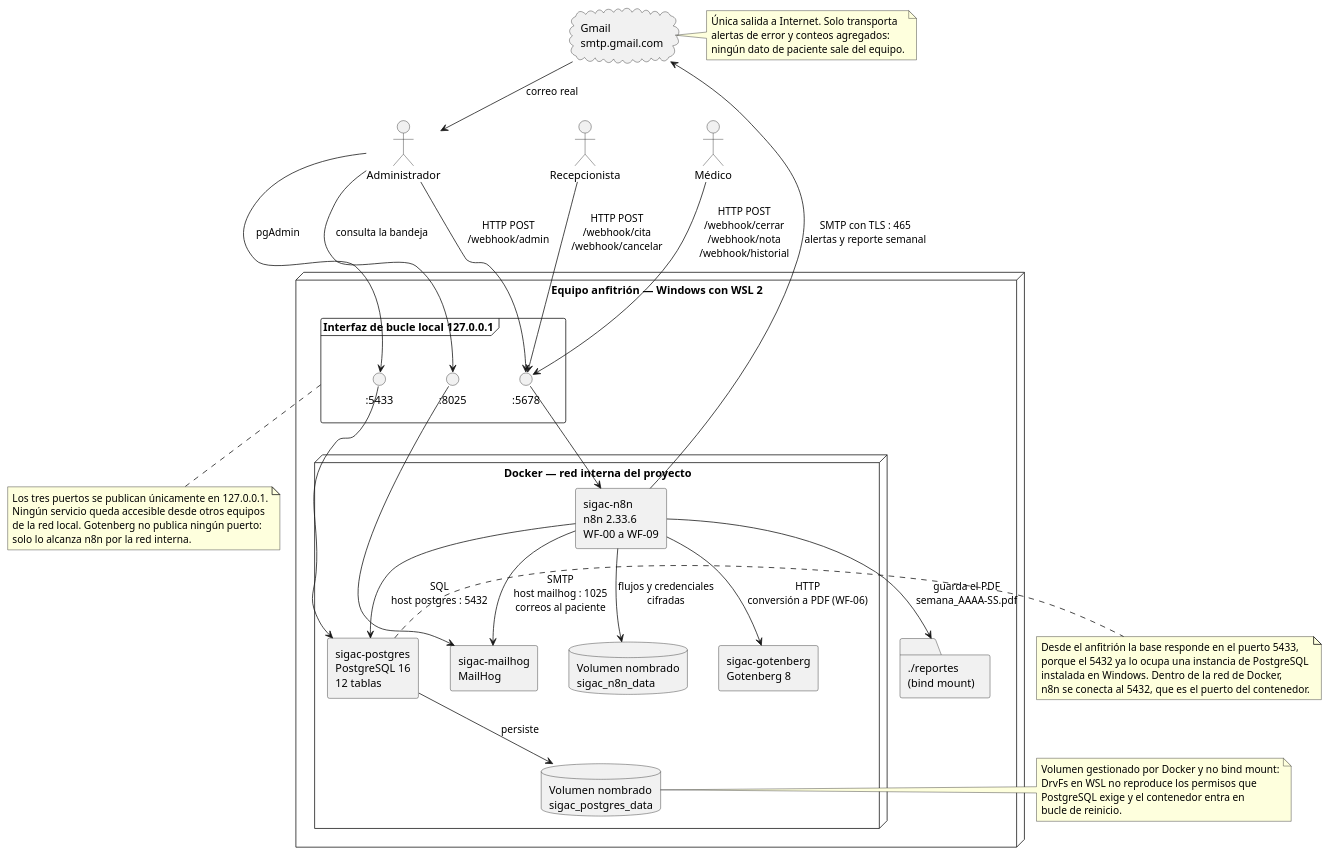
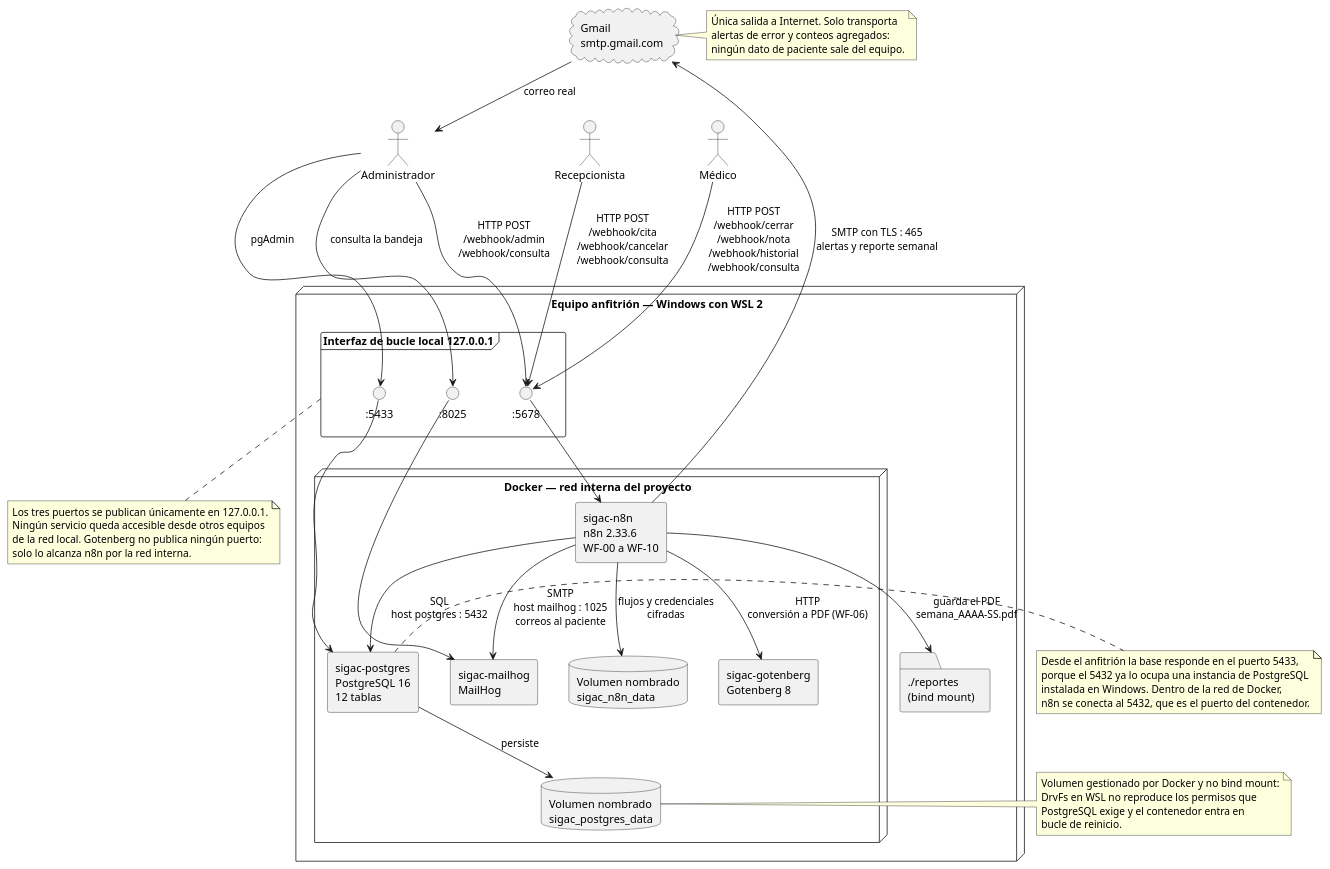
One commit to JOMALLMM1116/ProyectoSIGAC changed the diagram in docs/uml/Arquitectura.puml. Above: the diagram before and after it, drawn with PlantUML. The commit also changed 2 other files, not shown here.

Commit message:
:memo: diagramas de arquitectura y casos de uso con WF-10

```diff
--- a/docs/uml/Arquitectura.puml
+++ b/docs/uml/Arquitectura.puml
@@ -1,80 +1,80 @@
 @startuml Arquitectura_SIGAC
 skinparam componentStyle rectangle
 skinparam nodeSep 40
 skinparam rankSep 55
 
 actor "Recepcionista" as Recepcion
 actor "Médico" as Medico
 actor "Administrador" as Admin
 
 node "Equipo anfitrión — Windows con WSL 2" {
 
   frame "Interfaz de bucle local 127.0.0.1" as Loopback {
     () ":5678" as P5678
     () ":5433" as P5433
     () ":8025" as P8025
   }
 
   node "Docker — red interna del proyecto" as Red {
 
-    component "sigac-n8n\nn8n 2.33.6\nWF-00 a WF-09" as N8N
+    component "sigac-n8n\nn8n 2.33.6\nWF-00 a WF-10" as N8N
     component "sigac-postgres\nPostgreSQL 16\n12 tablas" as PG
     component "sigac-mailhog\nMailHog" as MH
     component "sigac-gotenberg\nGotenberg 8" as GB
 
     database "Volumen nombrado\nsigac_postgres_data" as VOL
     database "Volumen nombrado\nsigac_n8n_data" as VOLN8N
   }
 
   folder "./reportes\n(bind mount)" as REP
 }
 
 cloud "Gmail\nsmtp.gmail.com" as GMAIL
 
-Recepcion --> P5678 : HTTP POST\n/webhook/cita\n/webhook/cancelar
-Medico --> P5678 : HTTP POST\n/webhook/cerrar\n/webhook/nota\n/webhook/historial
-Admin --> P5678 : HTTP POST\n/webhook/admin
+Recepcion --> P5678 : HTTP POST\n/webhook/cita\n/webhook/cancelar\n/webhook/consulta
+Medico --> P5678 : HTTP POST\n/webhook/cerrar\n/webhook/nota\n/webhook/historial\n/webhook/consulta
+Admin --> P5678 : HTTP POST\n/webhook/admin\n/webhook/consulta
 Admin --> P8025 : consulta la bandeja
 Admin --> P5433 : pgAdmin
 
 P5678 --> N8N
 P8025 --> MH
 P5433 --> PG
 
 N8N --> PG : SQL\nhost postgres : 5432
 N8N --> MH : SMTP\nhost mailhog : 1025\ncorreos al paciente
 N8N --> GB : HTTP\nconversión a PDF (WF-06)
 N8N --> REP : guarda el PDF\nsemana_AAAA-SS.pdf
 N8N --> GMAIL : SMTP con TLS : 465\nalertas y reporte semanal
 GMAIL --> Admin : correo real
 
 PG --> VOL : persiste
 N8N --> VOLN8N : flujos y credenciales\ncifradas
 
 note bottom of Loopback
   Los tres puertos se publican únicamente en 127.0.0.1.
   Ningún servicio queda accesible desde otros equipos
   de la red local. Gotenberg no publica ningún puerto:
   solo lo alcanza n8n por la red interna.
 end note
 
 note right of PG
   Desde el anfitrión la base responde en el puerto 5433,
   porque el 5432 ya lo ocupa una instancia de PostgreSQL
   instalada en Windows. Dentro de la red de Docker,
   n8n se conecta al 5432, que es el puerto del contenedor.
 end note
 
 note right of VOL
   Volumen gestionado por Docker y no bind mount:
   DrvFs en WSL no reproduce los permisos que
   PostgreSQL exige y el contenedor entra en
   bucle de reinicio.
 end note
 
 note right of GMAIL
   Única salida a Internet. Solo transporta
   alertas de error y conteos agregados:
   ningún dato de paciente sale del equipo.
 end note
 @enduml
```
